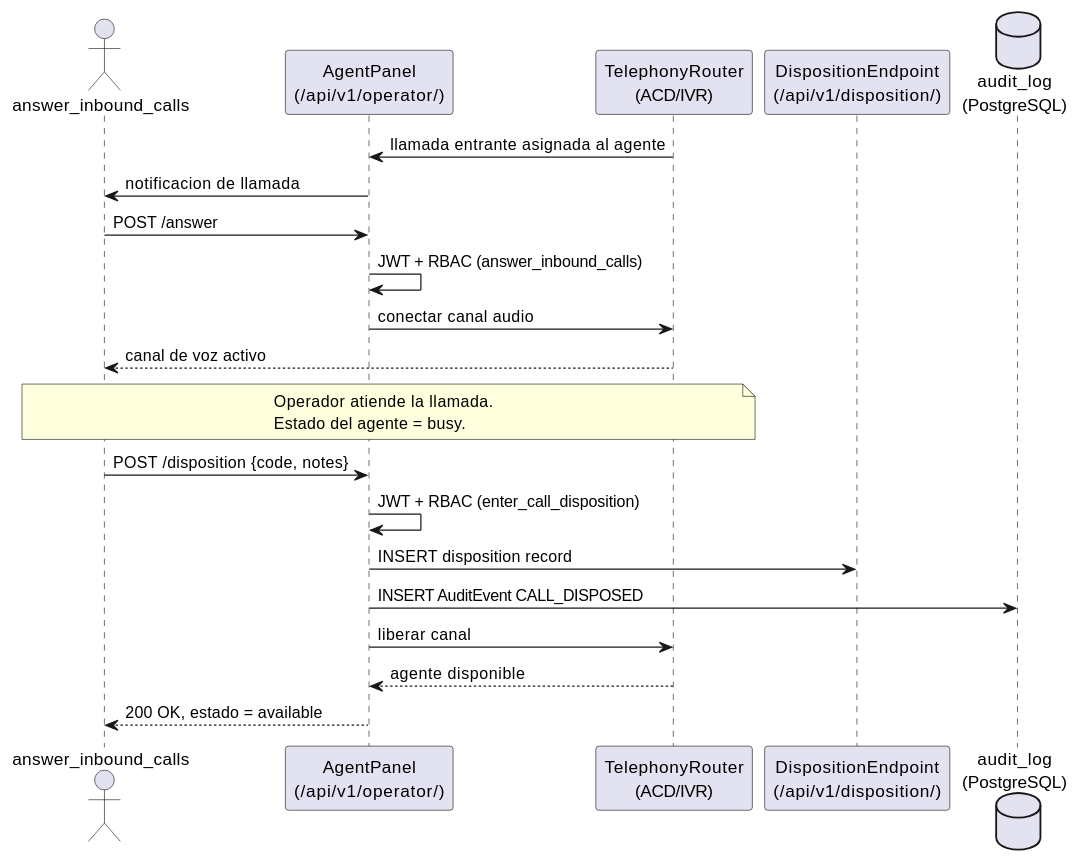
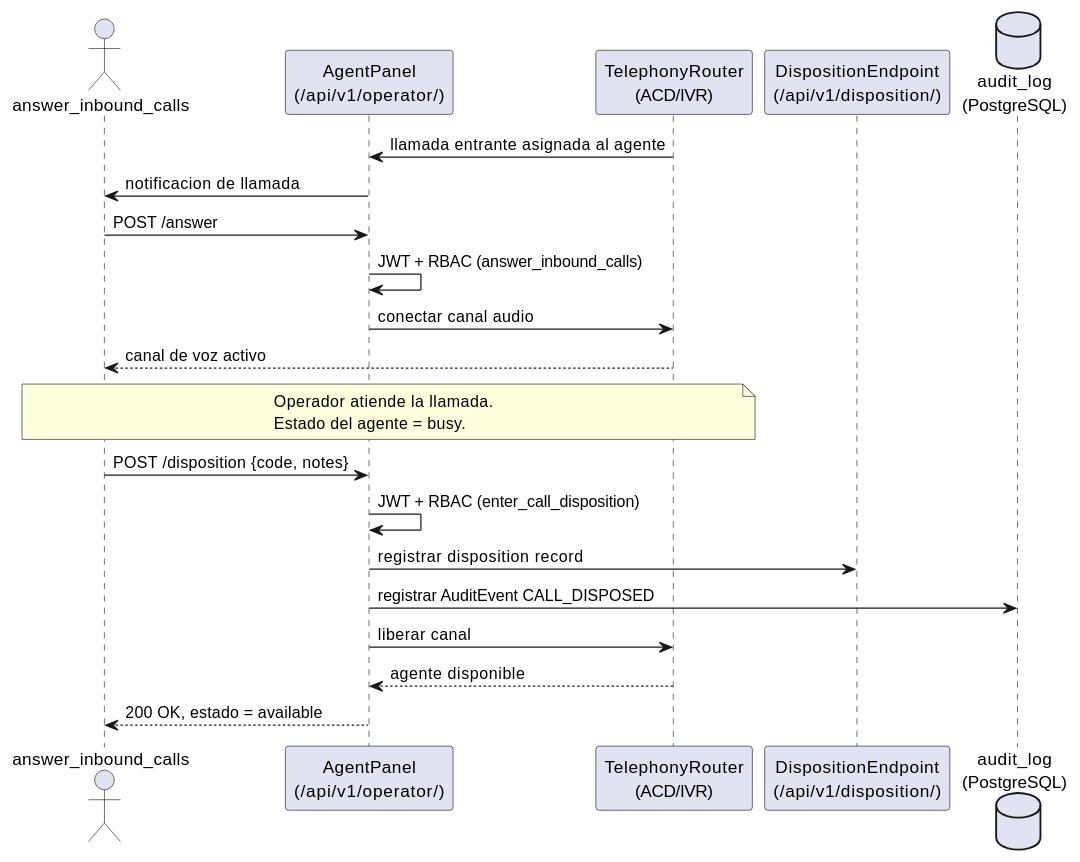
Before and after one commit to jcg-admin/IACT-docs: the diagram in source/arquitectura-tecnica/modulos/operator/diagramas/secuencia-atencion-llamada-entrante.rst, drawn with PlantUML. The commit also changed 48 other files, not shown here.

```diff
--- a/source/arquitectura-tecnica/modulos/operator/diagramas/secuencia-atencion-llamada-entrante.rst
+++ b/source/arquitectura-tecnica/modulos/operator/diagramas/secuencia-atencion-llamada-entrante.rst
@@ -22,32 +22,32 @@
 .. uml::
  :caption: Secuencia UC_OPR_02 — atencion de llamada entrante con disposicion post-llamada.
 
  @startuml
 
  actor "answer_inbound_calls" as answer_inbound_calls
  participant "AgentPanel\n(/api/v1/operator/)" as Agentpanel
  participant "TelephonyRouter\n(ACD/IVR)" as Telephonyrouter
  participant "DispositionEndpoint\n(/api/v1/disposition/)" as DISP
  database "audit_log\n(PostgreSQL)" as audit_log
 
  Telephonyrouter -> Agentpanel : llamada entrante asignada al agente
  Agentpanel -> answer_inbound_calls : notificacion de llamada
  answer_inbound_calls -> Agentpanel : POST /answer
  Agentpanel -> Agentpanel : JWT + RBAC (answer_inbound_calls)
  Agentpanel -> Telephonyrouter : conectar canal audio
  Telephonyrouter --> answer_inbound_calls : canal de voz activo
 
  note over answer_inbound_calls, Telephonyrouter
    Operador atiende la llamada.
    Estado del agente = busy.
  end note
 
  answer_inbound_calls -> Agentpanel : POST /disposition {code, notes}
  Agentpanel -> Agentpanel : JWT + RBAC (enter_call_disposition)
- Agentpanel -> DISP : INSERT disposition record
- Agentpanel -> audit_log : INSERT AuditEvent CALL_DISPOSED
+ Agentpanel -> DISP : registrar disposition record
+ Agentpanel -> audit_log : registrar AuditEvent CALL_DISPOSED
  Agentpanel -> Telephonyrouter : liberar canal
  Telephonyrouter --> Agentpanel : agente disponible
  Agentpanel --> answer_inbound_calls : 200 OK, estado = available
 
  @enduml
```
